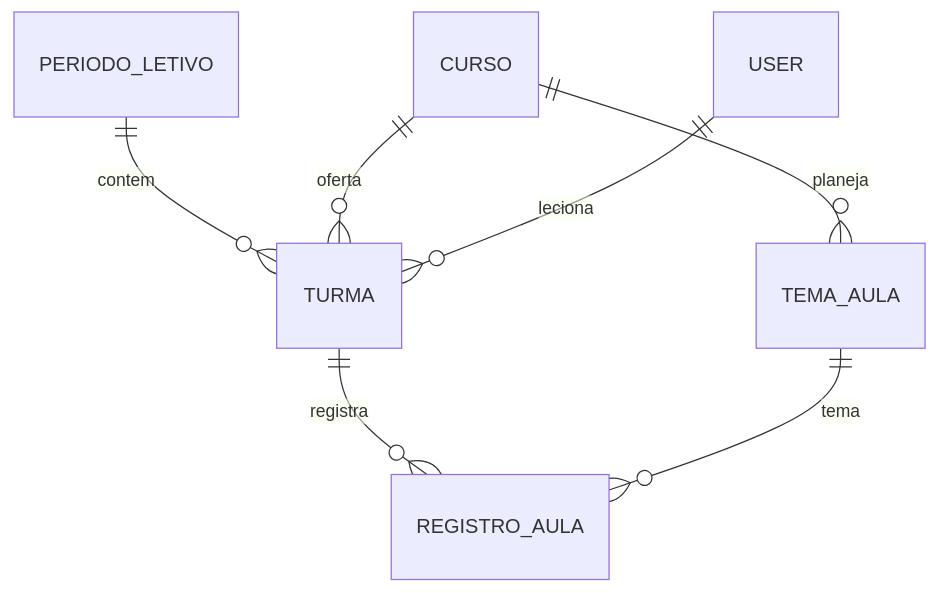
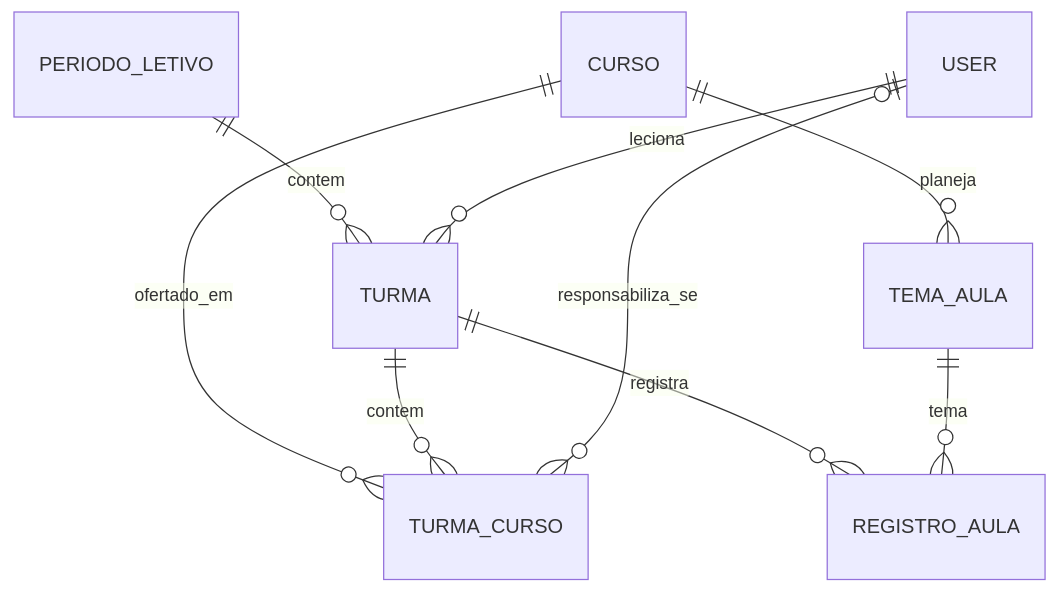
One commit to fmtic/pautaon changed the second of 7 diagrams in app/models/MER.md. Above: the diagram before and after it, drawn with Mermaid. The commit also changed other lines of this file and 26 other files, not shown here.

````diff
--- a/app/models/MER.md
+++ b/app/models/MER.md
@@ -204,9 +205,11 @@
 ```mermaid
 erDiagram
     PERIODO_LETIVO ||--o{ TURMA : contem
-    CURSO          ||--o{ TURMA : oferta
+    CURSO          ||--o{ TURMA_CURSO : ofertado_em
+    TURMA          ||--o{ TURMA_CURSO : contem
+    USER           |o--o{ TURMA_CURSO : responsabiliza_se
     CURSO          ||--o{ TEMA_AULA : planeja
     USER           ||--o{ TURMA : leciona
     TURMA          ||--o{ REGISTRO_AULA : registra
     TEMA_AULA      ||--o{ REGISTRO_AULA : tema
 ```
````
